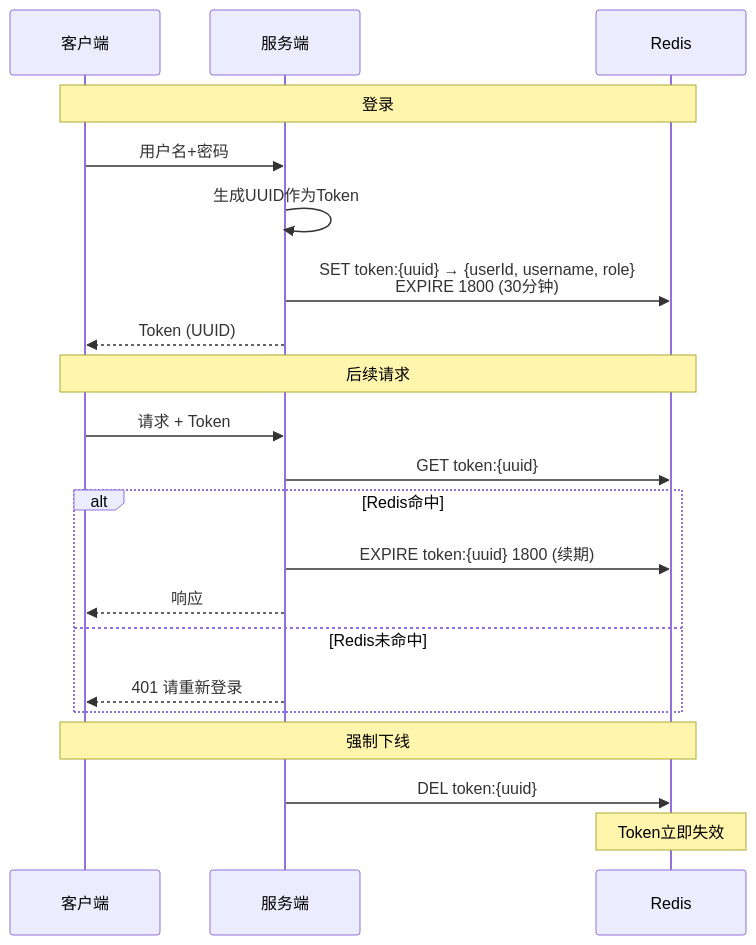
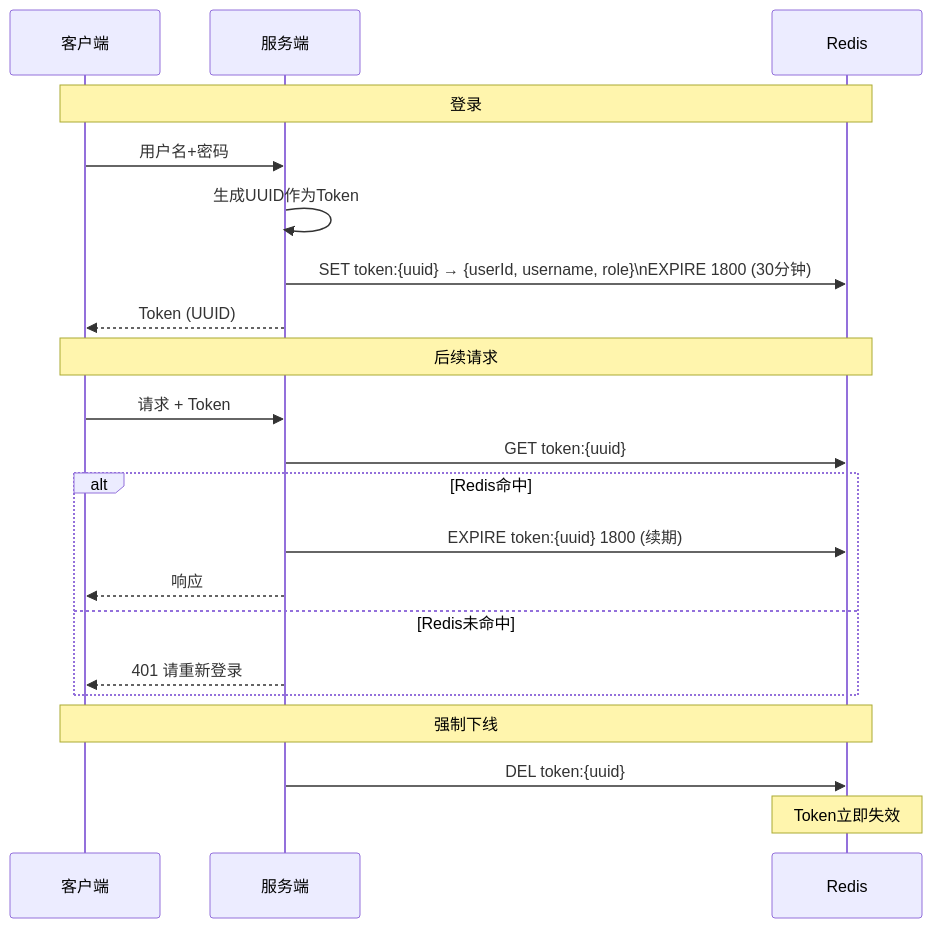
Before and after one commit to yaocat55/yaocat55.github.io: the second of 8 diagrams in content/posts/springsecurity/JwtRedisHybridAuth.md, drawn with Mermaid. The commit also changed other lines of this file and 155 other files, not shown here.

````diff
--- a/content/posts/springsecurity/JwtRedisHybridAuth.md
+++ b/content/posts/springsecurity/JwtRedisHybridAuth.md
@@ -115,26 +115,26 @@
 ```mermaid
 sequenceDiagram
     participant C as 客户端
     participant S as 服务端
     participant R as Redis
 
     Note over C,R: 登录
     C->>S: 用户名+密码
     S->>S: 生成UUID作为Token
-    S->>R: SET token:{uuid} → {userId, username, role}<br/>EXPIRE 1800 (30分钟)
+    S->>R: SET token:{uuid} → {userId, username, role}\nEXPIRE 1800 (30分钟)
     S-->>C: Token (UUID)
 
     Note over C,R: 后续请求
     C->>S: 请求 + Token
     S->>R: GET token:{uuid}
     alt Redis命中
         S->>R: EXPIRE token:{uuid} 1800 (续期)
         S-->>C: 响应
     else Redis未命中
         S-->>C: 401 请重新登录
     end
 
     Note over C,R: 强制下线
     S->>R: DEL token:{uuid}
     Note over R: Token立即失效
 ```
````
